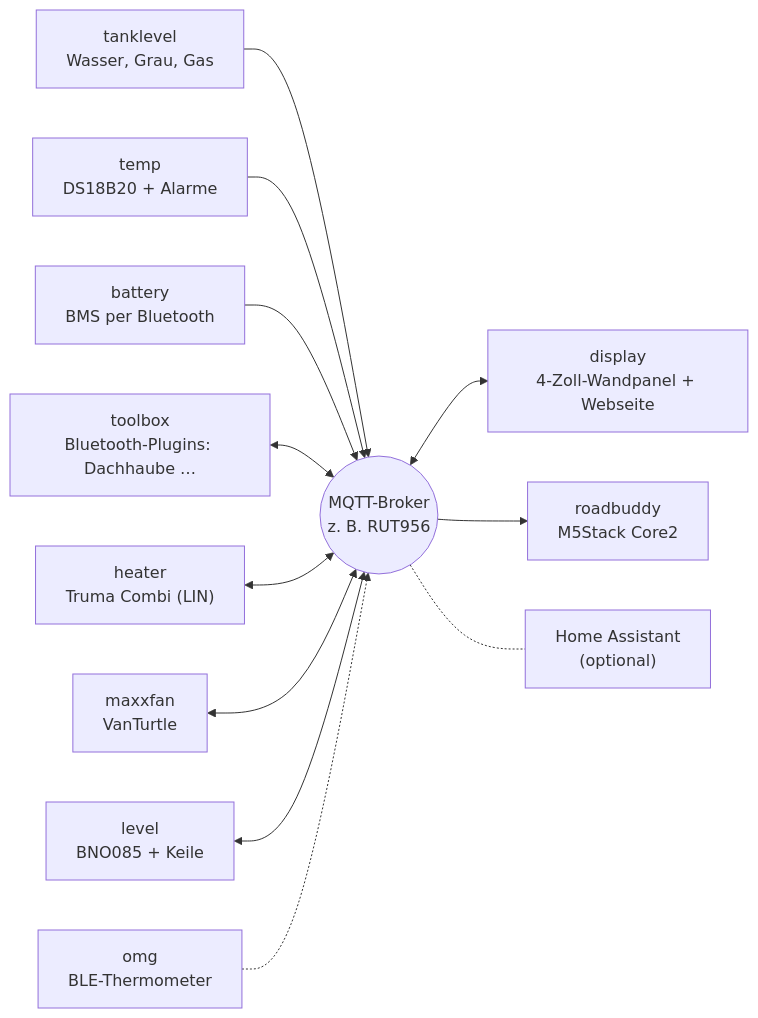
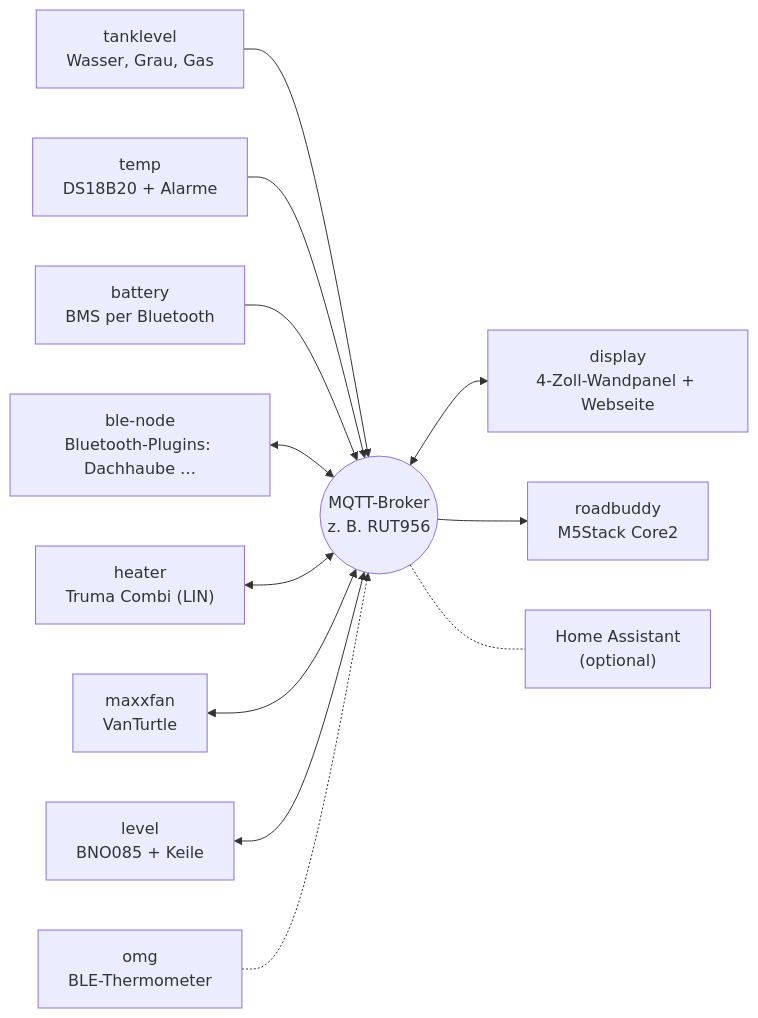
Before and after one commit to hflocki/vannode: the diagram in README.de.md, drawn with Mermaid. The commit also changed other lines of this file and 76 other files, not shown here.

First line of the commit message:
Toolbox becomes the BLE node (ble 1.3.0), display 2.16.2

````diff
--- a/README.de.md
+++ b/README.de.md
@@ -27,15 +27,15 @@
 ```mermaid
 flowchart LR
   broker(("MQTT-Broker<br/>z. B. RUT956"))
   tank["tanklevel<br/>Wasser, Grau, Gas"] --> broker
   temp["temp<br/>DS18B20 + Alarme"] --> broker
   bat["battery<br/>BMS per Bluetooth"] --> broker
-  tool["toolbox<br/>Bluetooth-Plugins: Dachhaube …"] <--> broker
+  tool["ble-node<br/>Bluetooth-Plugins: Dachhaube …"] <--> broker
   heater["heater<br/>Truma Combi (LIN)"] <--> broker
   fan["maxxfan<br/>VanTurtle"] <--> broker
   level["level<br/>BNO085 + Keile"] <--> broker
   omg["omg<br/>BLE-Thermometer"] -.-> broker
   broker <--> display["display<br/>4-Zoll-Wandpanel + Webseite"]
   broker --> rb["roadbuddy<br/>M5Stack Core2"]
   broker -.- ha["Home Assistant<br/>(optional)"]
 ```
````
